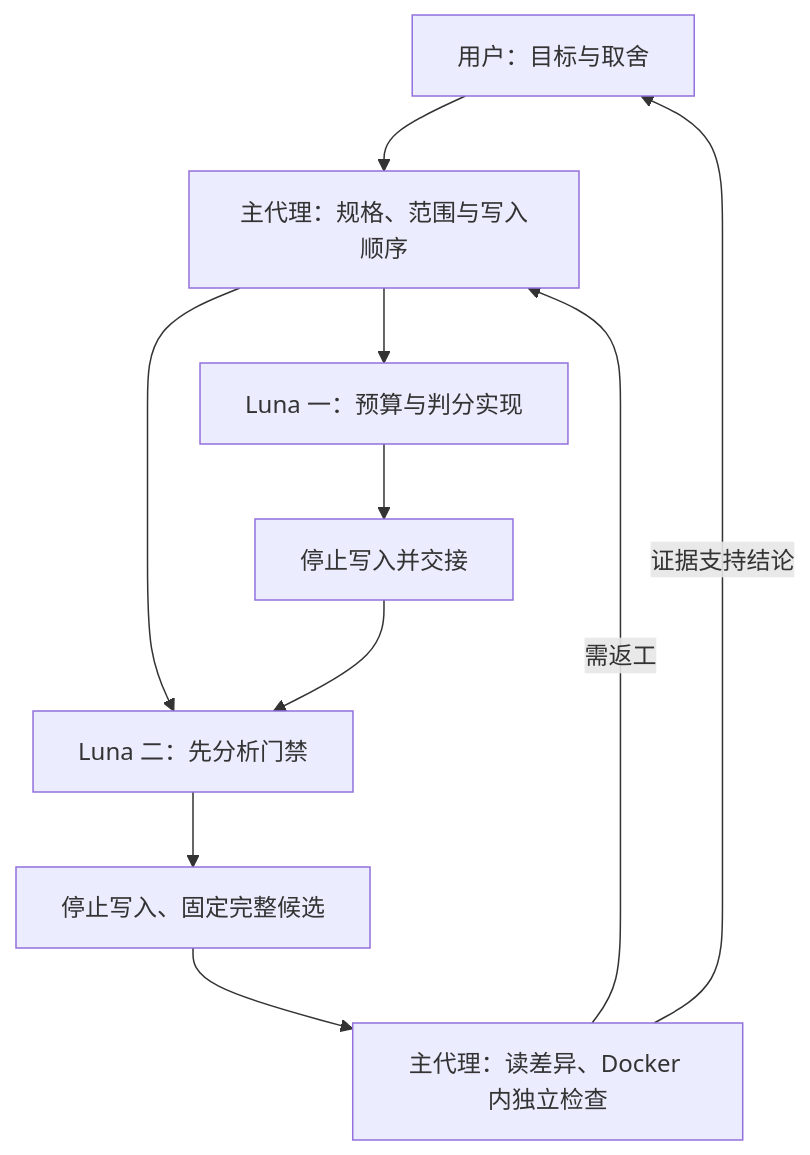
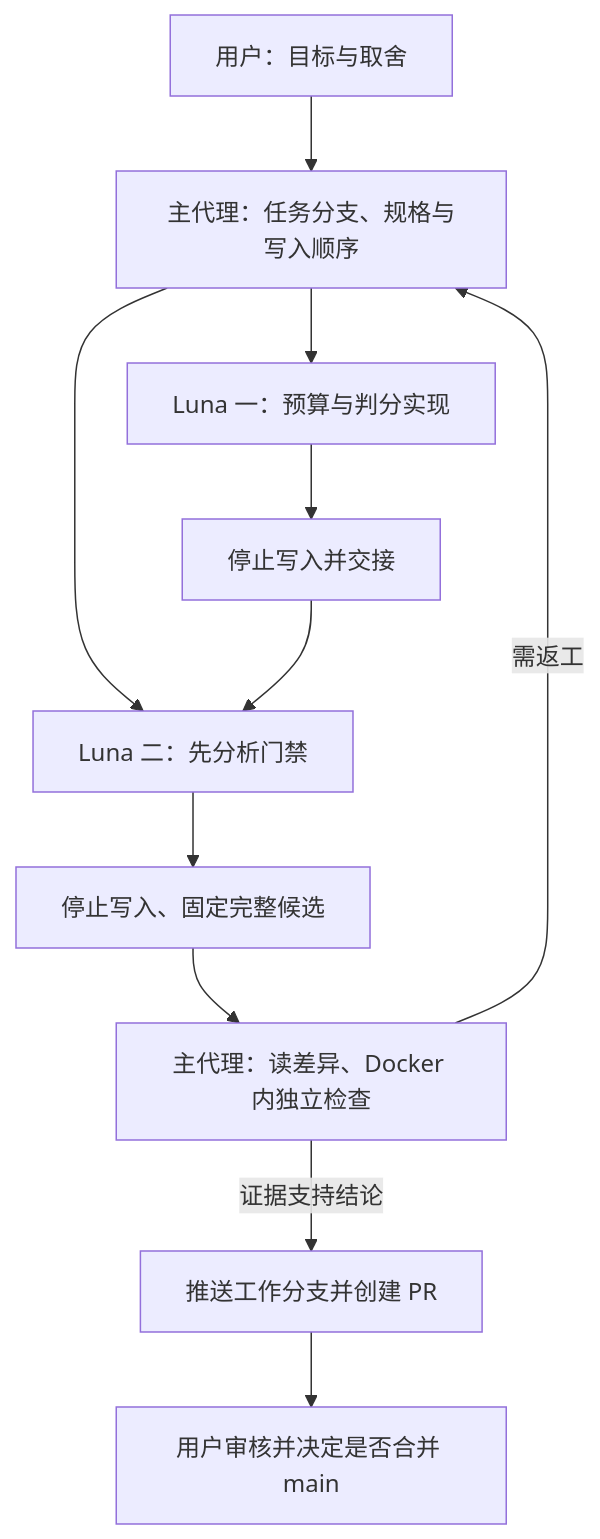
The diagram in chi-agent/docs/luna-subagent-workflow.md (RacoonX-SW/chi-agent), drawn with Mermaid before and after one commit. The commit also changed other lines of this file and 9 other files, not shown here.

````diff
--- a/chi-agent/docs/luna-subagent-workflow.md
+++ b/chi-agent/docs/luna-subagent-workflow.md
@@ -33,12 +36,13 @@
 ```mermaid
 flowchart TD
-    U[用户：目标与取舍] --> M[主代理：规格、范围与写入顺序]
+    U[用户：目标与取舍] --> M[主代理：任务分支、规格与写入顺序]
     M --> A[Luna 一：预算与判分实现]
     M --> B[Luna 二：先分析门禁]
     A --> H[停止写入并交接]
     H --> B
     B --> C[停止写入、固定完整候选]
     C --> R[主代理：读差异、Docker 内独立检查]
     R -->|需返工| M
-    R -->|证据支持结论| U
+    R -->|证据支持结论| P[推送工作分支并创建 PR]
+    P --> V[用户审核并决定是否合并 main]
 ```
````
